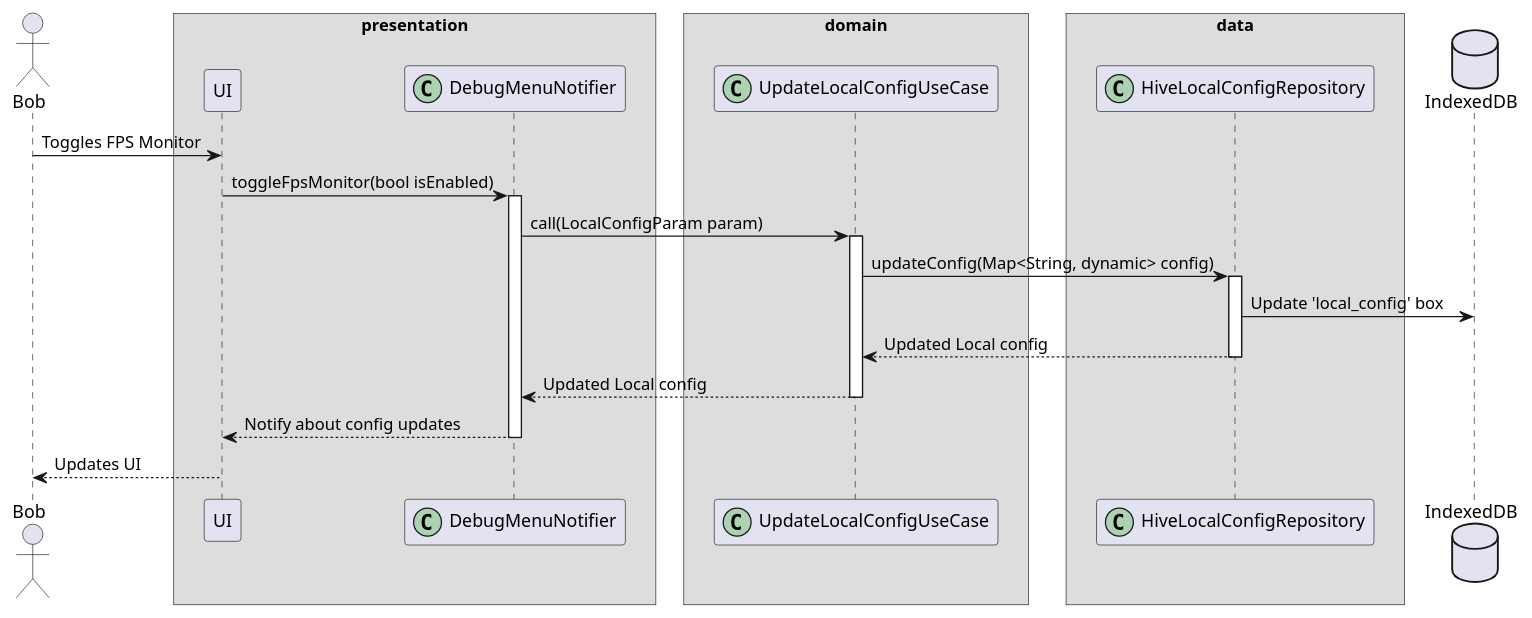
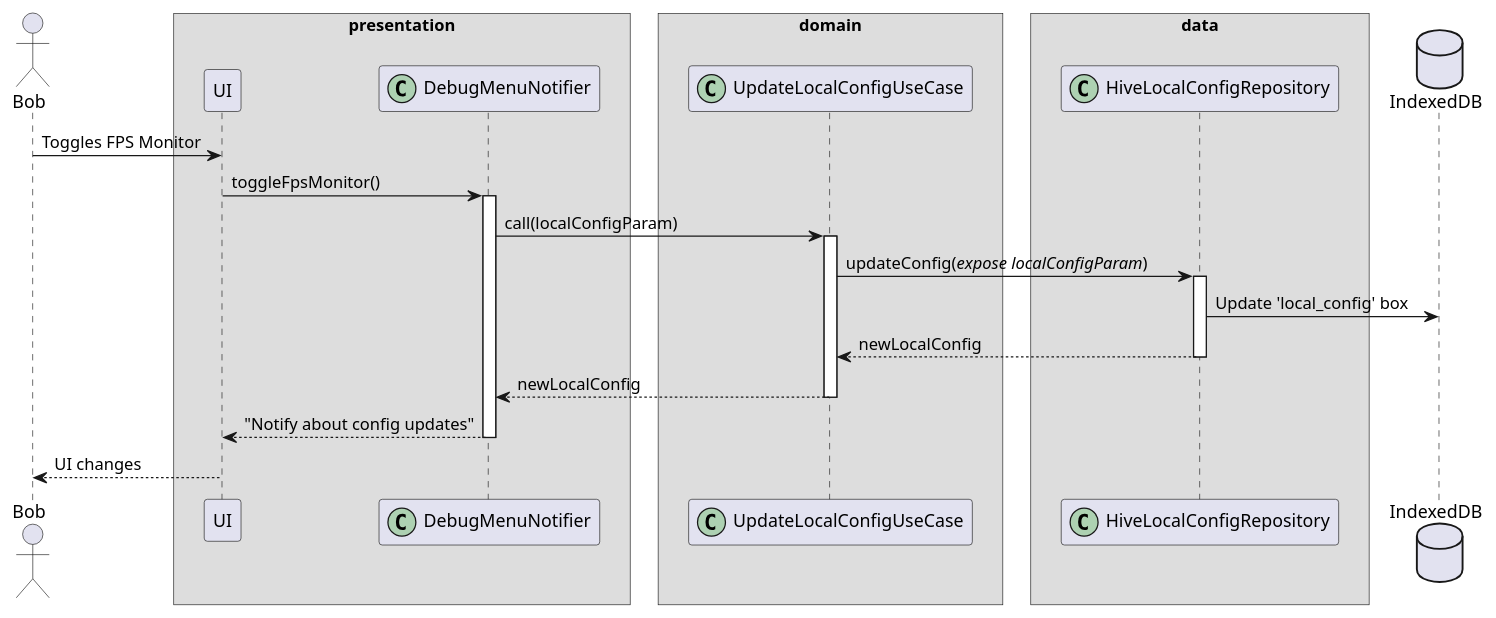
Before and after one commit to Flank/flank-dashboard: the diagram in metrics/web/docs/features/debug_menu/diagrams/debug_menu_update_config_sequence_diagram.puml, drawn with PlantUML. The commit also changed 5 other files, not shown here.

Commit message:
Update diagrams and documentation

```diff
--- a/metrics/web/docs/features/debug_menu/diagrams/debug_menu_update_config_sequence_diagram.puml
+++ b/metrics/web/docs/features/debug_menu/diagrams/debug_menu_update_config_sequence_diagram.puml
@@ -1,47 +1,42 @@
 @startuml debug_menu_update_config_sequence_diagram.puml
 
 skinparam ParticipantPadding 20
 skinparam BoxPadding 10
 
 actor Bob
 
 box "presentation"
     participant UI
     participant DebugMenuNotifier << (C,#ADD1B2) >>
 end box
 
 box "domain"
     participant UpdateLocalConfigUseCase << (C,#ADD1B2) >>
 end box
 
 box "data"
     participant HiveLocalConfigRepository << (C,#ADD1B2) >>
 end box
 
 database "IndexedDB" as DB
 
 Bob -> UI : Toggles FPS Monitor
 
-UI -> DebugMenuNotifier : toggleFpsMonitor(bool isEnabled)
+UI -> DebugMenuNotifier : toggleFpsMonitor()
 activate DebugMenuNotifier
 
-DebugMenuNotifier -> UpdateLocalConfigUseCase : call(LocalConfigParam param)
+DebugMenuNotifier -> UpdateLocalConfigUseCase : call(localConfigParam)
 activate UpdateLocalConfigUseCase
 
-UpdateLocalConfigUseCase -> HiveLocalConfigRepository : updateConfig(Map<String, dynamic> config)
+UpdateLocalConfigUseCase -> HiveLocalConfigRepository : updateConfig(//expose localConfigParam//)
 activate HiveLocalConfigRepository
 
 HiveLocalConfigRepository -> DB : Update 'local_config' box
 
-HiveLocalConfigRepository --> UpdateLocalConfigUseCase : Updated Local config
-deactivate HiveLocalConfigRepository
+return newLocalConfig
+return newLocalConfig
+return "Notify about config updates"
 
-UpdateLocalConfigUseCase --> DebugMenuNotifier : Updated Local config
-deactivate UpdateLocalConfigUseCase
-
-DebugMenuNotifier --> UI : Notify about config updates
-deactivate DebugMenuNotifier
-
-UI --> Bob : Updates UI
+UI --> Bob : UI changes
 
 @enduml
```
